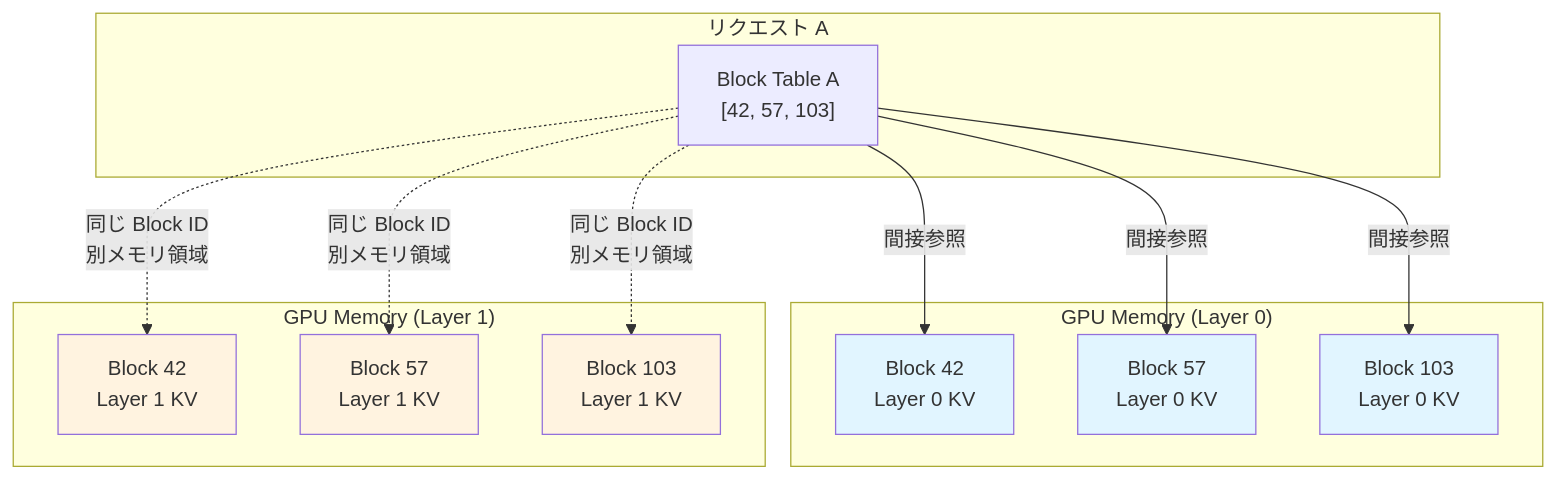
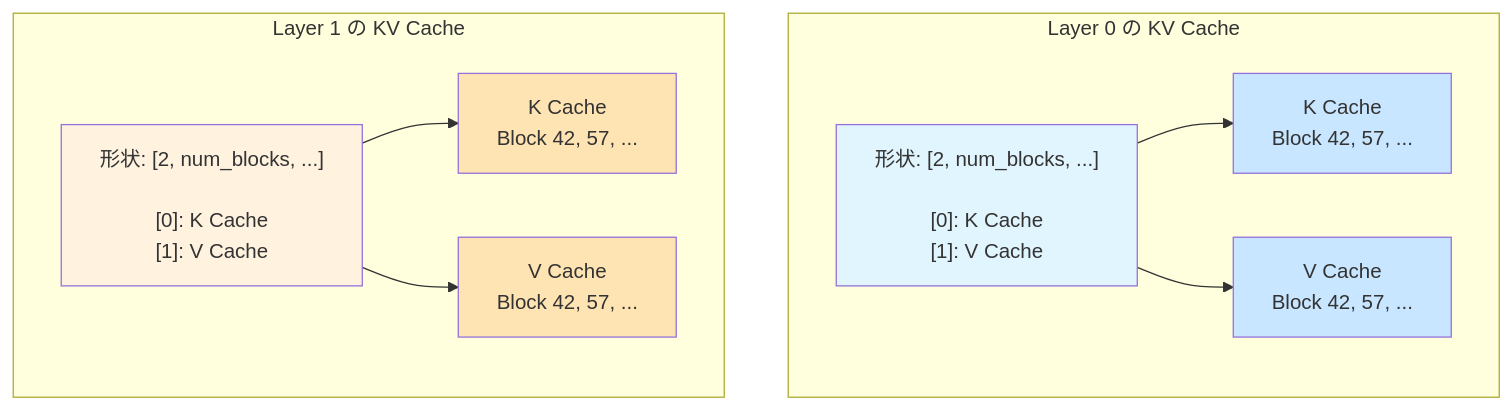
Before and after one commit to littlemex/zenn: the ninth of 11 diagrams in articles/d2ed7115cf4578.md, drawn with Mermaid. The commit also changed other lines of this file, not shown here.

````diff
--- a/articles/d2ed7115cf4578.md
+++ b/articles/d2ed7115cf4578.md
@@ -541,33 +446,25 @@
 ```mermaid
 graph TB
-    subgraph "リクエスト A"
-        BTA["Block Table A<br/>[42, 57, 103]"]
+    subgraph "Layer 0 の KV Cache"
+        L0["形状: [2, num_blocks, ...]<br/><br/>[0]: K Cache<br/>[1]: V Cache"]
+        L0_K["K Cache<br/>Block 42, 57, ..."]
+        L0_V["V Cache<br/>Block 42, 57, ..."]
+        L0 --> L0_K
+        L0 --> L0_V
     end
 
-    subgraph "GPU Memory (Layer 0)"
-        B42_L0["Block 42<br/>Layer 0 KV"]
-        B57_L0["Block 57<br/>Layer 0 KV"]
-        B103_L0["Block 103<br/>Layer 0 KV"]
+    subgraph "Layer 1 の KV Cache"
+        L1["形状: [2, num_blocks, ...]<br/><br/>[0]: K Cache<br/>[1]: V Cache"]
+        L1_K["K Cache<br/>Block 42, 57, ..."]
+        L1_V["V Cache<br/>Block 42, 57, ..."]
+        L1 --> L1_K
+        L1 --> L1_V
     end
 
-    subgraph "GPU Memory (Layer 1)"
-        B42_L1["Block 42<br/>Layer 1 KV"]
-        B57_L1["Block 57<br/>Layer 1 KV"]
-        B103_L1["Block 103<br/>Layer 1 KV"]
-    end
-
-    BTA -->|"間接参照"| B42_L0
-    BTA -->|"間接参照"| B57_L0
-    BTA -->|"間接参照"| B103_L0
-
-    BTA -.->|"同じ Block ID<br/>別メモリ領域"| B42_L1
-    BTA -.->|"同じ Block ID<br/>別メモリ領域"| B57_L1
-    BTA -.->|"同じ Block ID<br/>別メモリ領域"| B103_L1
-
-    style B42_L0 fill: #e1f5ff
-    style B57_L0 fill: #e1f5ff
-    style B103_L0 fill: #e1f5ff
-    style B42_L1 fill: #fff3e0
-    style B57_L1 fill: #fff3e0
-    style B103_L1 fill: #fff3e0
+    style L0 fill: #e1f5ff
+    style L1 fill: #fff3e0
+    style L0_K fill: #c8e6ff
+    style L0_V fill: #c8e6ff
+    style L1_K fill: #ffe4b3
+    style L1_V fill: #ffe4b3
 ```
````
